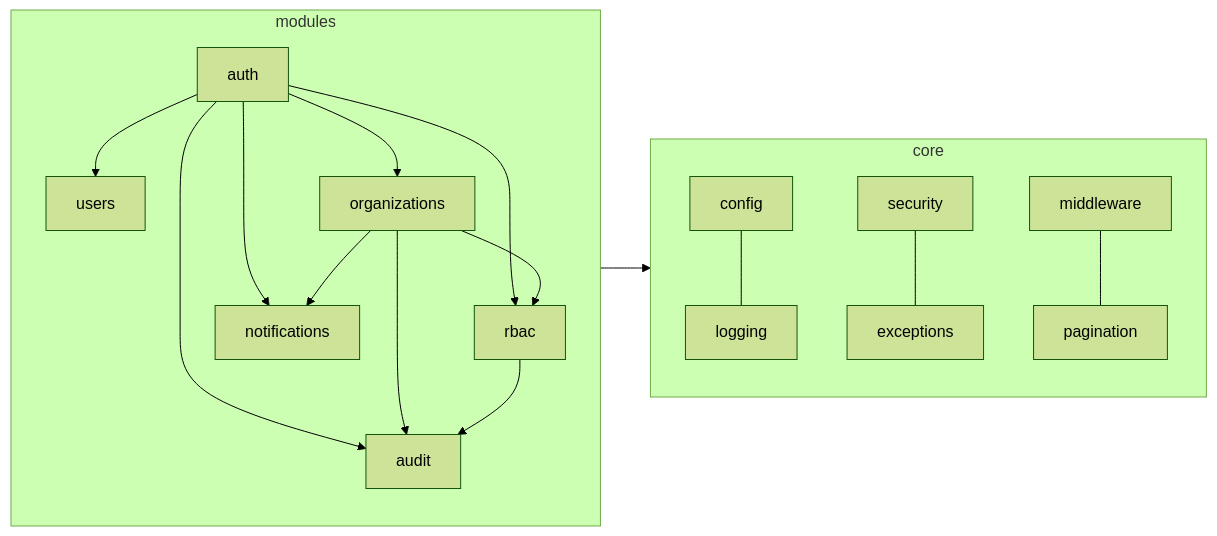
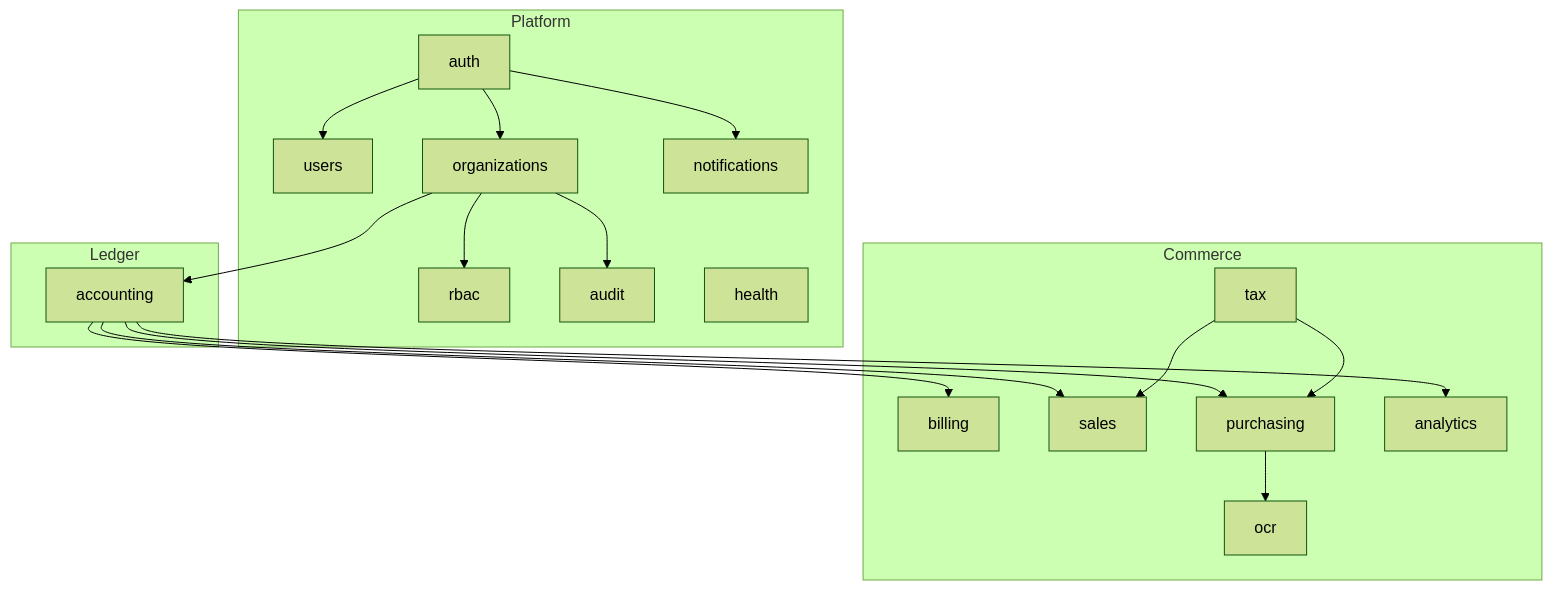
The third of 3 diagrams in docs/architecture.md (Madhur-Prakash/Personal-ERP), drawn with Mermaid (forest theme) before and after one commit. The commit also changed other lines of this file and 17 other files, not shown here.

````diff
--- a/docs/architecture.md
+++ b/docs/architecture.md
@@ -169,22 +176,33 @@
 ```mermaid
-graph LR
-    subgraph core
-        CFG[config] --- LOG[logging]
-        SEC[security] --- EXC[exceptions]
-        MW[middleware] --- PAG[pagination]
+graph TD
+    subgraph Platform
+        AUTH[auth] --> USERS[users]
+        AUTH --> ORGS[organizations]
+        ORGS --> RBAC[rbac]
+        ORGS --> AUDIT[audit]
+        AUTH --> NOTIF[notifications]
+        HEALTH[health]
     end
 
-    subgraph modules
-        AUTH[auth] --> USERS[users]
-        AUTH --> ORGS[organizations]
-        AUTH --> RBAC[rbac]
-        ORGS --> RBAC
-        AUTH --> AUDIT[audit]
-        ORGS --> AUDIT
-        RBAC --> AUDIT
-        AUTH --> NOTIF[notifications]
-        ORGS --> NOTIF
+    subgraph Ledger
+        ACCT[accounting]
     end
 
-    modules --> core
+    subgraph Commerce
+        BILL[billing]
+        SALES[sales]
+        PURCH[purchasing]
+        OCR[ocr]
+        TAX[tax]
+        ANALYTICS[analytics]
+    end
+
+    ORGS --> ACCT
+    ACCT --> BILL
+    ACCT --> SALES
+    ACCT --> PURCH
+    TAX --> SALES
+    TAX --> PURCH
+    PURCH --> OCR
+    ACCT --> ANALYTICS
 ```
````
